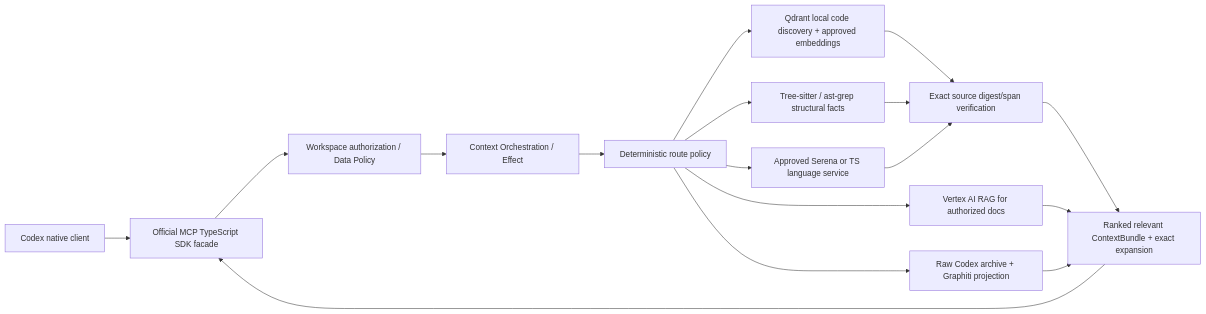
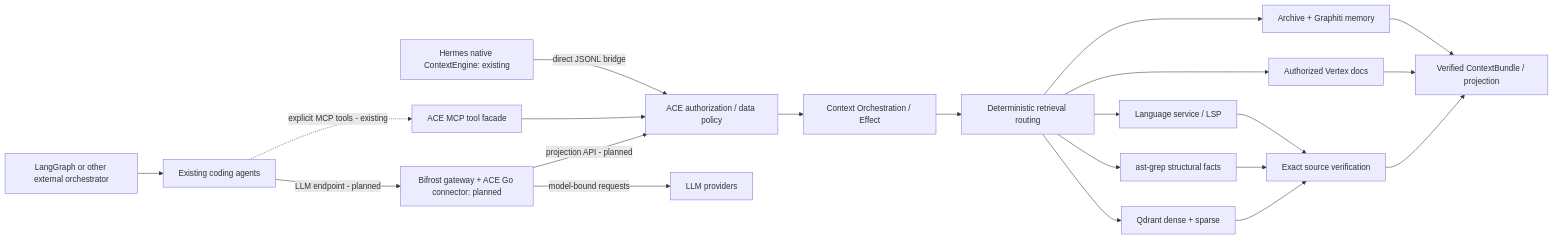
The diagram in docs/docs/architecture/07-architecture-fitness-contracts.md (chris-madsen/Mult-agent-AI-Orchestration), drawn with Mermaid before and after one commit. The commit also changed other lines of this file and 4 other files, not shown here.

Commit message:
docs: flag historical MCP-first contracts as superseded by Bifrost and Hermes

````diff
--- a/docs/docs/architecture/07-architecture-fitness-contracts.md
+++ b/docs/docs/architecture/07-architecture-fitness-contracts.md
@@ -11,19 +13,23 @@
 ```mermaid
 flowchart LR
-    Agent[Codex native client] --> MCP[Official MCP TypeScript SDK facade]
-    MCP --> Gate[Workspace authorization / Data Policy]
-    Gate --> Orchestrate[Context Orchestration / Effect]
-    Orchestrate --> Plan[Deterministic route policy]
-    Plan --> Q[Qdrant local code discovery + approved embeddings]
-    Plan --> AST[Tree-sitter / ast-grep structural facts]
-    Plan --> LS[Approved Serena or TS language service]
-    Plan --> Docs[Vertex AI RAG for authorized docs]
-    Plan --> Mem[Raw Codex archive + Graphiti projection]
-    Q --> Verify[Exact source digest/span verification]
-    AST --> Verify
-    LS --> Verify
-    Verify --> Bundle[Ranked relevant ContextBundle + exact expansion]
-    Docs --> Bundle
-    Mem --> Bundle
-    Bundle --> MCP
+  LG["LangGraph or other external orchestrator"] --> A["Existing coding agents"]
+  A -->|"LLM endpoint - planned"| B["Bifrost gateway + ACE Go connector: planned"]
+  B -->|"projection API - planned"| Gate["ACE authorization / data policy"]
+  B -->|"model-bound requests"| P["LLM providers"]
+  A -.->|"explicit MCP tools - existing"| MCP["ACE MCP tool facade"]
+  MCP --> Gate
+  H["Hermes native ContextEngine: existing"] -->|"direct JSONL bridge"| Gate
+  Gate --> O["Context Orchestration / Effect"]
+  O --> Plan["Deterministic retrieval routing"]
+  Plan --> Q["Qdrant dense + sparse"]
+  Plan --> AST["ast-grep structural facts"]
+  Plan --> LS["Language service / LSP"]
+  Plan --> Docs["Authorized Vertex docs"]
+  Plan --> Mem["Archive + Graphiti memory"]
+  Q --> V["Exact source verification"]
+  AST --> V
+  LS --> V
+  V --> Bundle["Verified ContextBundle / projection"]
+  Docs --> Bundle
+  Mem --> Bundle
 ```
````
